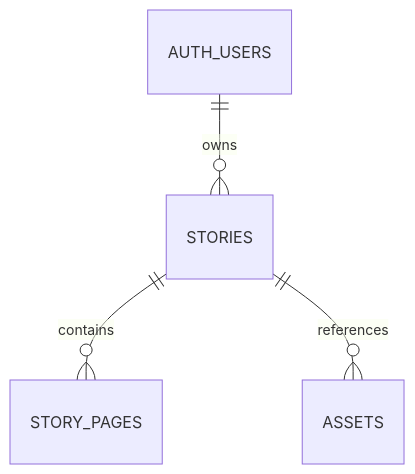
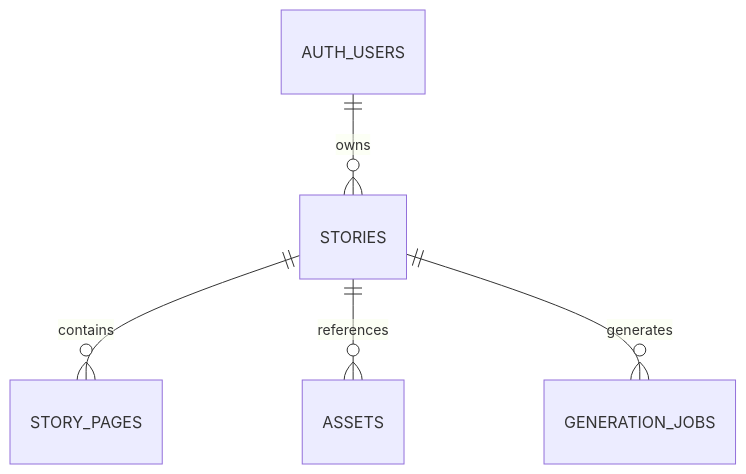
Before and after one commit to nshaikh3/supabase-ai-story-reference: the diagram in docs/DATABASE.md, drawn with Mermaid. The commit also changed other lines of this file and 34 other files, not shown here.

````diff
--- a/docs/DATABASE.md
+++ b/docs/DATABASE.md
@@ -3,6 +3,7 @@
 ```mermaid
 erDiagram
   AUTH_USERS ||--o{ STORIES : owns
   STORIES ||--o{ STORY_PAGES : contains
   STORIES ||--o{ ASSETS : references
+  STORIES ||--o{ GENERATION_JOBS : generates
 ```
````
